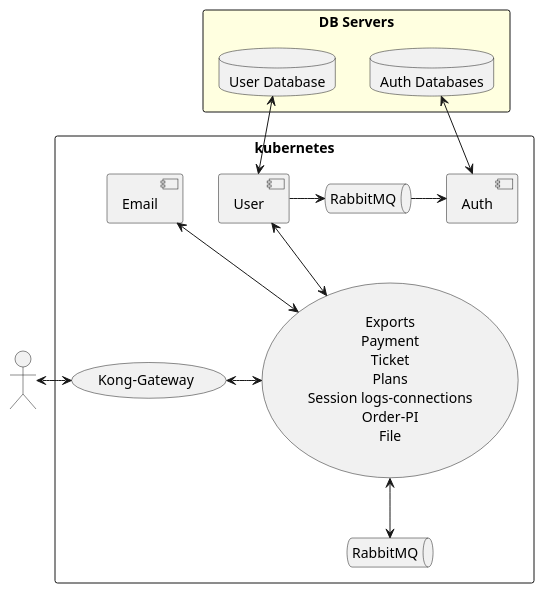
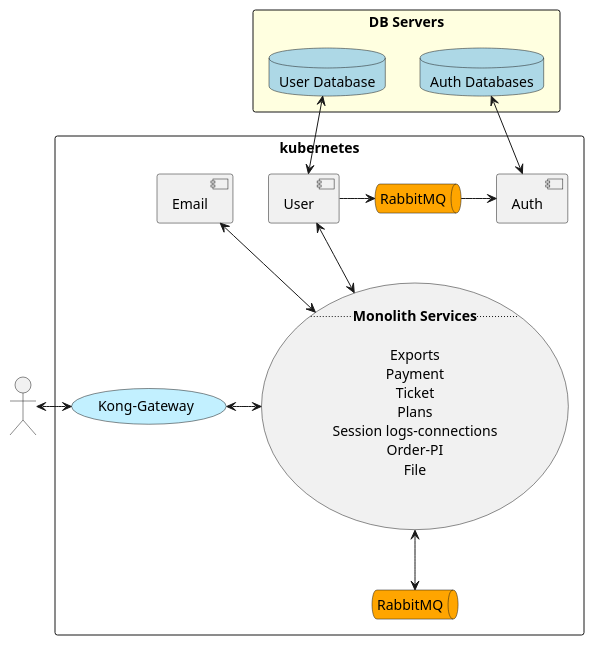
One commit to rostamiani/plantuml-course changed the diagram in 11-graph-example.puml. Above: the diagram before and after it, drawn with PlantUML.

Commit message:
Add color to example

```diff
--- a/11-graph-example.puml
+++ b/11-graph-example.puml
@@ -1,49 +1,41 @@
 @startuml
 ' left to right direction
 
 rectangle "DB Servers" #LightYellow {
-    database "Auth Databases" as authdb
-    database "User Database" as userdb
+    database "Auth Databases" as authdb #lightblue
+    database "User Database" as userdb #lightblue
 }
 
-: : as actor
+actor " " as actor
 
 rectangle "kubernetes"{
     [Auth]
-    queue RabbitMQ as authRabbit
-    queue RabbitMQ as monolithRabbit
-    (Kong-Gateway) as kong
+    queue RabbitMQ as authRabbit #orange
+    queue RabbitMQ as monolithRabbit #orange
+    (Kong-Gateway) as kong #application
 
     [User]
     [Email]
-    ' folder "Monolith" #LightGray{
-    '         [Exports]
-    '         [Payment]
-    '         [Ticket]
-    '         [Plans]
-    '         [Session logs-connections] as session
-    '         [Order-PI] as order
-    '         [File]
-        
-    ' }
 
-    usecase Monolith as "Exports
+    usecase Monolith as "..<b>Monolith Services</b>..
+    
+    Exports
     Payment
     Ticket
     Plans
     Session logs-connections
     Order-PI
     File"
 }
 
 actor<->kong
 kong<->Monolith
 Monolith<-->monolithRabbit
 authdb<-->Auth
 userdb<-->User
 User->authRabbit
 authRabbit->Auth
 User<-->Monolith
 Email<-->Monolith
 
 @enduml
```
